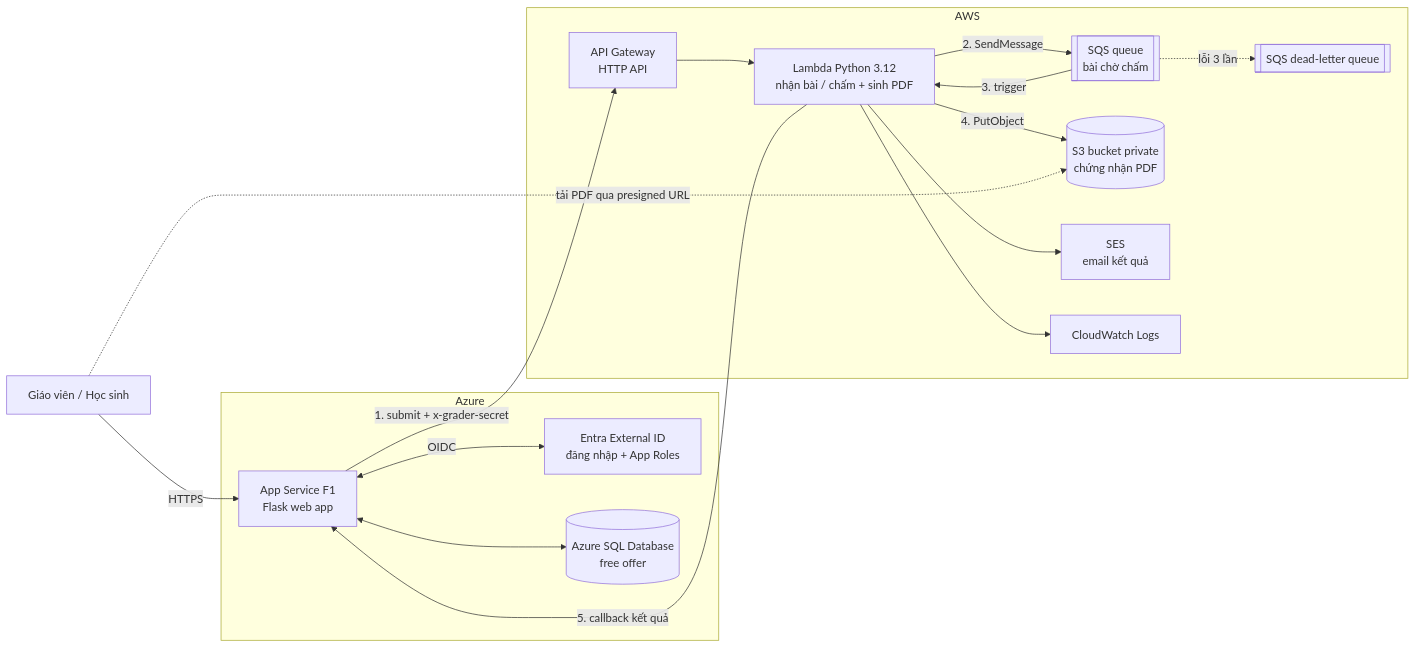
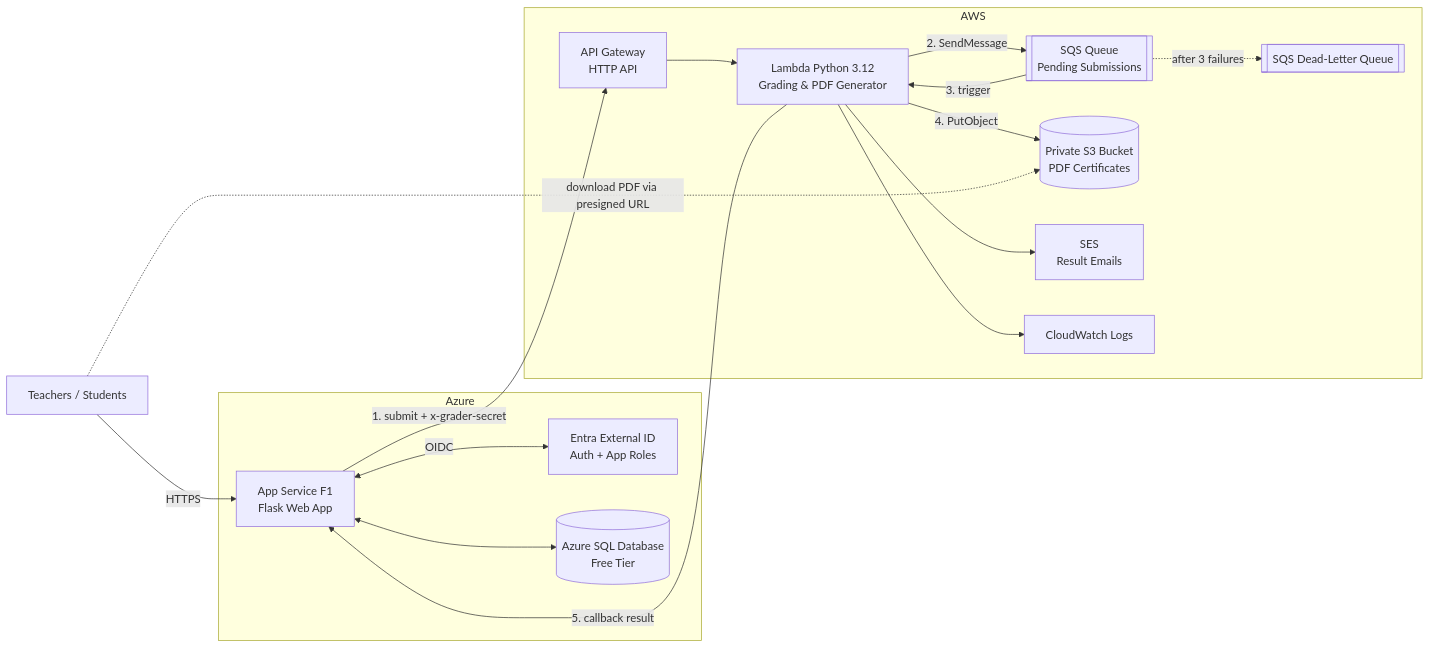
One commit to Phong02032006/project_cloud changed the diagram in README.md. Above: the diagram before and after it, drawn with Mermaid. The commit also changed other lines of this file, not shown here.

Commit message:
Translate README and architecture diagram to English

````diff
--- a/README.md
+++ b/README.md
@@ -10,29 +13,29 @@
 ```mermaid
 flowchart LR
-  U[Giáo viên / Học sinh] -->|HTTPS| WEB
+  U[Teachers / Students] -->|HTTPS| WEB
   subgraph Azure
-    ENTRA[Entra External ID<br/>đăng nhập + App Roles]
-    WEB[App Service F1<br/>Flask web app]
-    SQL[(Azure SQL Database<br/>free offer)]
+    ENTRA[Entra External ID<br/>Auth + App Roles]
+    WEB[App Service F1<br/>Flask Web App]
+    SQL[(Azure SQL Database<br/>Free Tier)]
   end
   subgraph AWS
     APIGW[API Gateway<br/>HTTP API]
-    L[Lambda Python 3.12<br/>nhận bài / chấm + sinh PDF]
-    Q[[SQS queue<br/>bài chờ chấm]]
-    DLQ[[SQS dead-letter queue]]
-    S3[(S3 bucket private<br/>chứng nhận PDF)]
-    SES[SES<br/>email kết quả]
+    L[Lambda Python 3.12<br/>Grading & PDF Generator]
+    Q[[SQS Queue<br/>Pending Submissions]]
+    DLQ[[SQS Dead-Letter Queue]]
+    S3[(Private S3 Bucket<br/>PDF Certificates)]
+    SES[SES<br/>Result Emails]
     CW[CloudWatch Logs]
   end
   WEB <-->|OIDC| ENTRA
   WEB <--> SQL
   WEB -->|1. submit + x-grader-secret| APIGW --> L
   L -->|2. SendMessage| Q
   Q -->|3. trigger| L
-  Q -.->|lỗi 3 lần| DLQ
+  Q -.->|after 3 failures| DLQ
   L -->|4. PutObject| S3
-  L -->|5. callback kết quả| WEB
+  L -->|5. callback result| WEB
   L --> SES
   L --> CW
-  U -.->|tải PDF qua presigned URL| S3
+  U -.->|download PDF via presigned URL| S3
 ```
````
